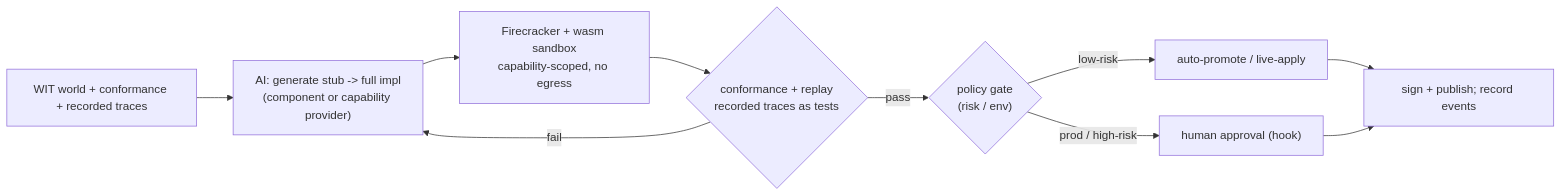
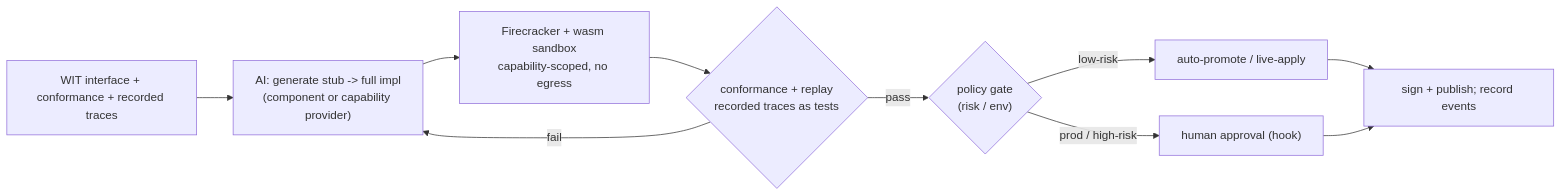
The first of 2 diagrams in docs/design/23-stubbable-ai-implementations.md (Tyler-R-Kendrick/HoBo), drawn with Mermaid before and after one commit. The commit also changed other lines of this file and 70 other files, not shown here.

````diff
--- a/docs/design/23-stubbable-ai-implementations.md
+++ b/docs/design/23-stubbable-ai-implementations.md
@@ -77,12 +77,12 @@
 ```mermaid
 flowchart LR
-  WIT["WIT world + conformance + recorded traces"] --> GEN["AI: generate stub -> full impl<br/>(component or capability provider)"]
+  WIT["WIT interface + conformance + recorded traces"] --> GEN["AI: generate stub -> full impl<br/>(component or capability provider)"]
   GEN --> SBX["Firecracker + wasm sandbox<br/>capability-scoped, no egress"]
   SBX --> TEST{"conformance + replay<br/>recorded traces as tests"}
   TEST -->|fail| GEN
   TEST -->|pass| GATE{"policy gate<br/>(risk / env)"}
   GATE -->|low-risk| AUTO["auto-promote / live-apply"]
   GATE -->|prod / high-risk| HUMAN["human approval (hook)"]
   AUTO --> PUB["sign + publish; record events"]
   HUMAN --> PUB
 ```
````
